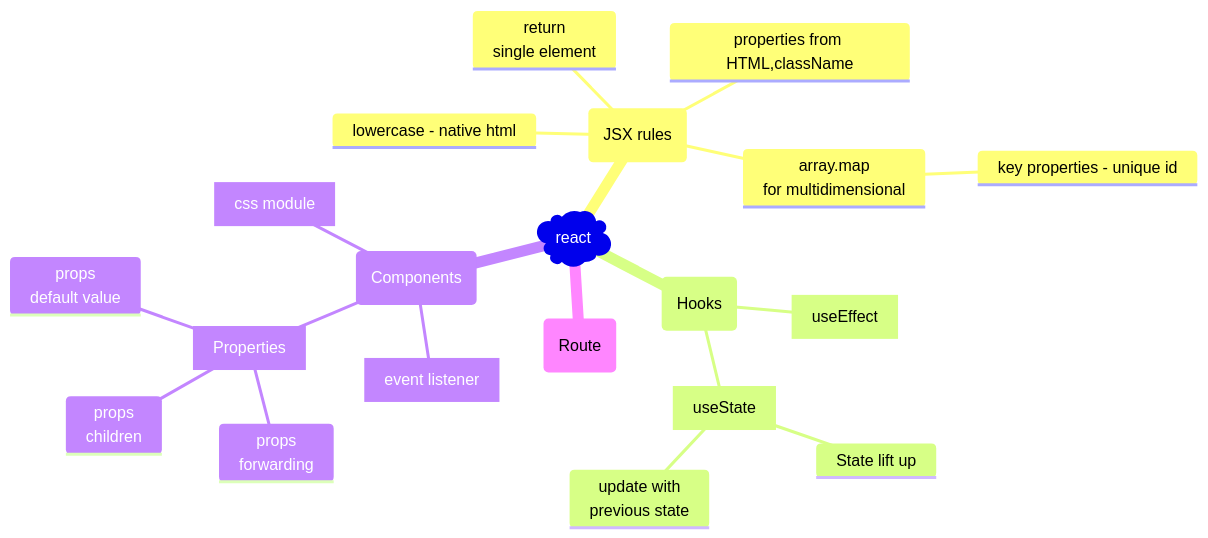
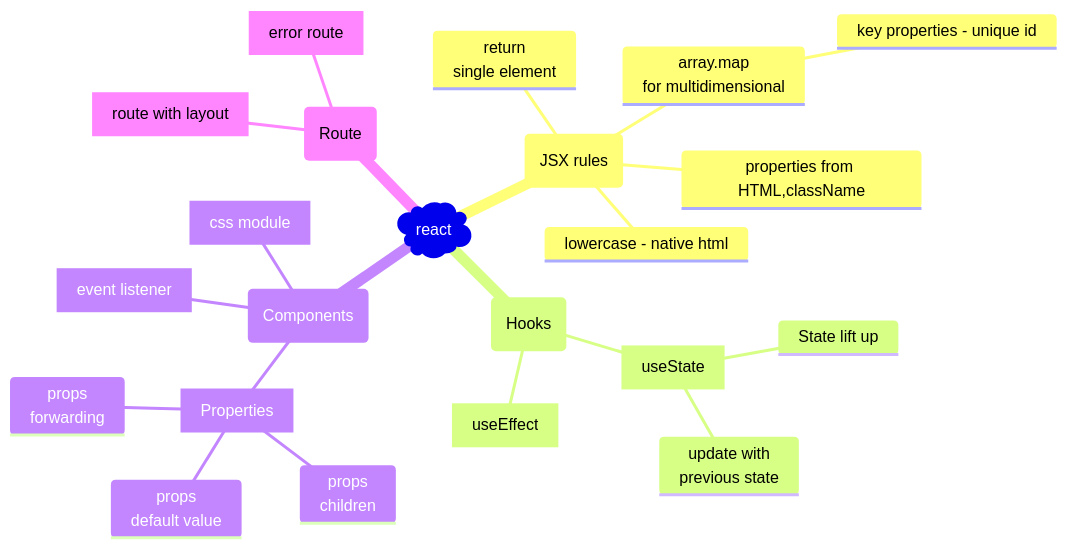
One commit to cherkavi/javascripting changed the first of 2 diagrams in react/README.md. Above: the diagram before and after it, drawn with Mermaid. The commit also changed 3 other files, not shown here.

````diff
--- a/react/README.md
+++ b/react/README.md
@@ -6,24 +6,25 @@
 ```mermaid
 mindmap
 )react(
     (JSX rules)
         return<br/>single element
         properties from HTML,className
         lowercase - native html
         array.map<br>for multidimensional
             key properties - unique id
     (Hooks)
         [useState]
             State lift up
             update with<br>previous state
         [useEffect]
     (Components)
         [Properties]
             props<br>forwarding
             props<br>children
             props<br>default value
         [css module]
         [event listener]
     (Route)
-    
+        [error route]
+        [route with layout]
 ```
````
